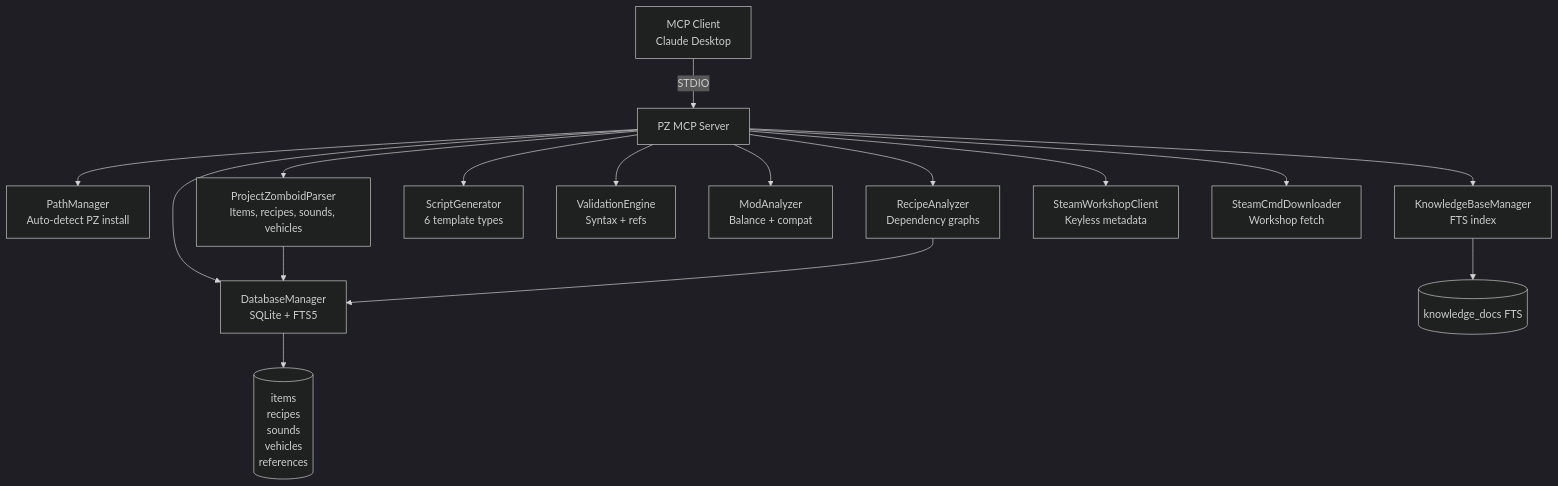
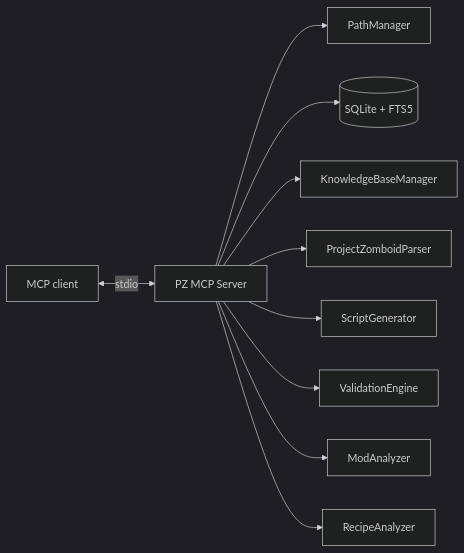
The diagram in README.md (shakoorpour1991-sketch/pz-mcp-server), drawn with Mermaid (dark theme) before and after one commit. The commit also changed other lines of this file and 3 other files, not shown here.

````diff
--- a/README.md
+++ b/README.md
@@ -145,19 +138,14 @@
 ```mermaid
-graph TD
-    A[MCP Client<br/>Claude Desktop] -->|STDIO| B[PZ MCP Server]
-    B --> C[PathManager<br/>Auto-detect PZ install]
-    B --> D[DatabaseManager<br/>SQLite + FTS5]
-    B --> E[KnowledgeBaseManager<br/>FTS index]
-    B --> F[ProjectZomboidParser<br/>Items, recipes, sounds, vehicles]
-    B --> G[ScriptGenerator<br/>6 template types]
-    B --> H[ValidationEngine<br/>Syntax + refs]
-    B --> I[ModAnalyzer<br/>Balance + compat]
-    B --> J[RecipeAnalyzer<br/>Dependency graphs]
-    B --> K[SteamWorkshopClient<br/>Keyless metadata]
-    B --> L[SteamCmdDownloader<br/>Workshop fetch]
-    
-    D --> M[(items<br/>recipes<br/>sounds<br/>vehicles<br/>references)]
-    E --> N[(knowledge_docs FTS)]
-    F --> D
-    J --> D
+flowchart LR
+    C[MCP client] <-->|stdio| S[PZ MCP Server]
+
+    S --> P[PathManager]
+    S --> D[(SQLite + FTS5)]
+    S --> K[KnowledgeBaseManager]
+    S --> G[ProjectZomboidParser]
+
+    S --> SG[ScriptGenerator]
+    S --> V[ValidationEngine]
+    S --> M[ModAnalyzer]
+    S --> R[RecipeAnalyzer]
 ```
````
